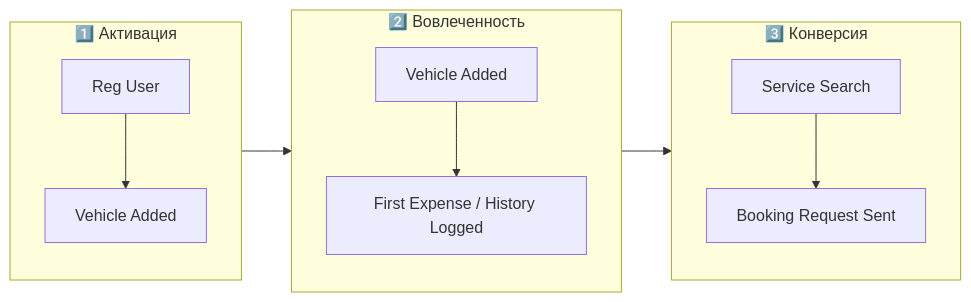
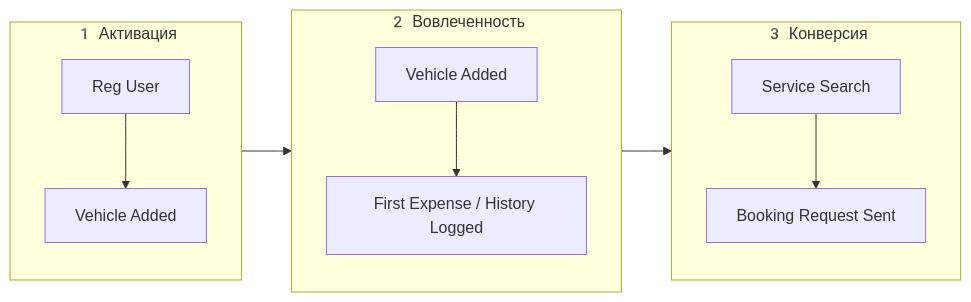
The sixth of 6 diagrams in docs/ru/requirements/business-requirements.md (Yn1ro/pocket-garage), drawn with Mermaid before and after one commit. The commit also changed other lines of this file, not shown here.

````diff
--- a/docs/ru/requirements/business-requirements.md
+++ b/docs/ru/requirements/business-requirements.md
@@ -186,17 +186,17 @@
 ```mermaid
 graph LR
-    subgraph Activation ["1️⃣ Активация"]
+    subgraph Activation ["1️ Активация"]
         A1[Reg User] --> A2[Vehicle Added]
     end
 
-    subgraph Engagement ["2️⃣ Вовлеченность"]
+    subgraph Engagement ["2️ Вовлеченность"]
         E1[Vehicle Added] --> E2[First Expense / History Logged]
     end
 
-    subgraph Conversion ["3️⃣ Конверсия"]
+    subgraph Conversion ["3️ Конверсия"]
         C1[Service Search] --> C2[Booking Request Sent]
     end
 
     Activation --> Engagement --> Conversion
 
 ```
````
